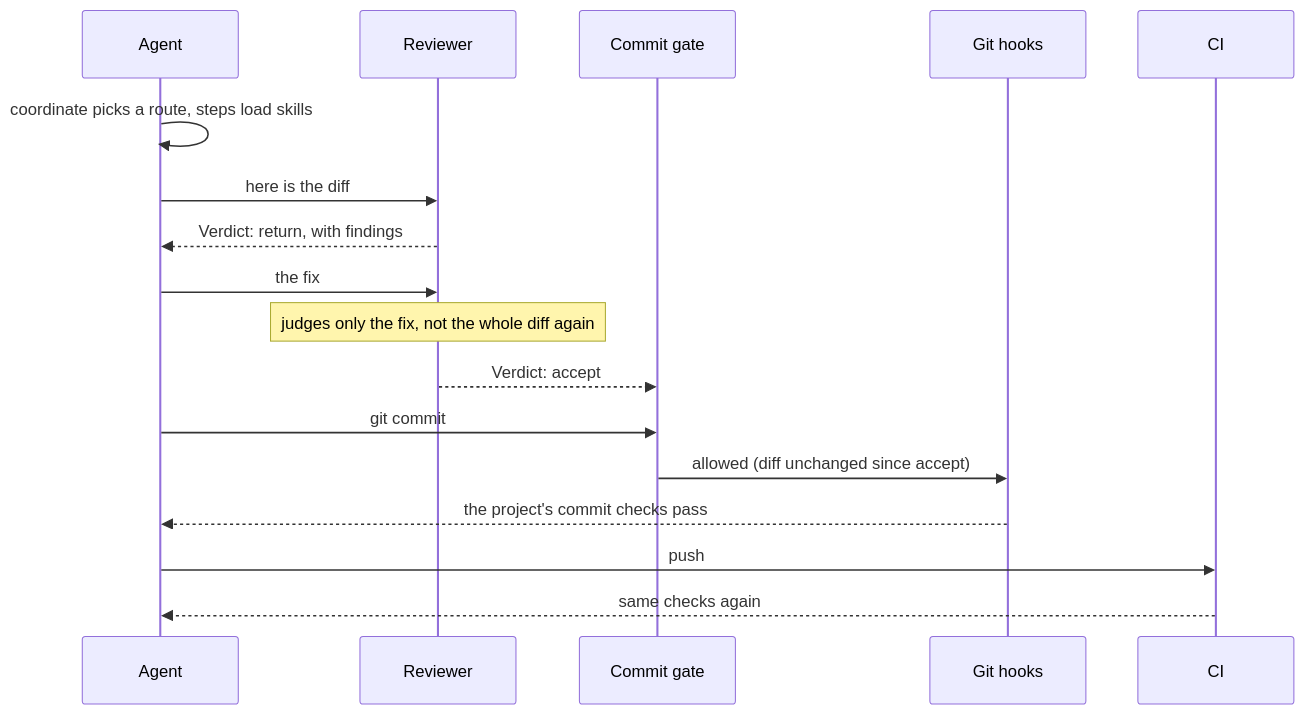
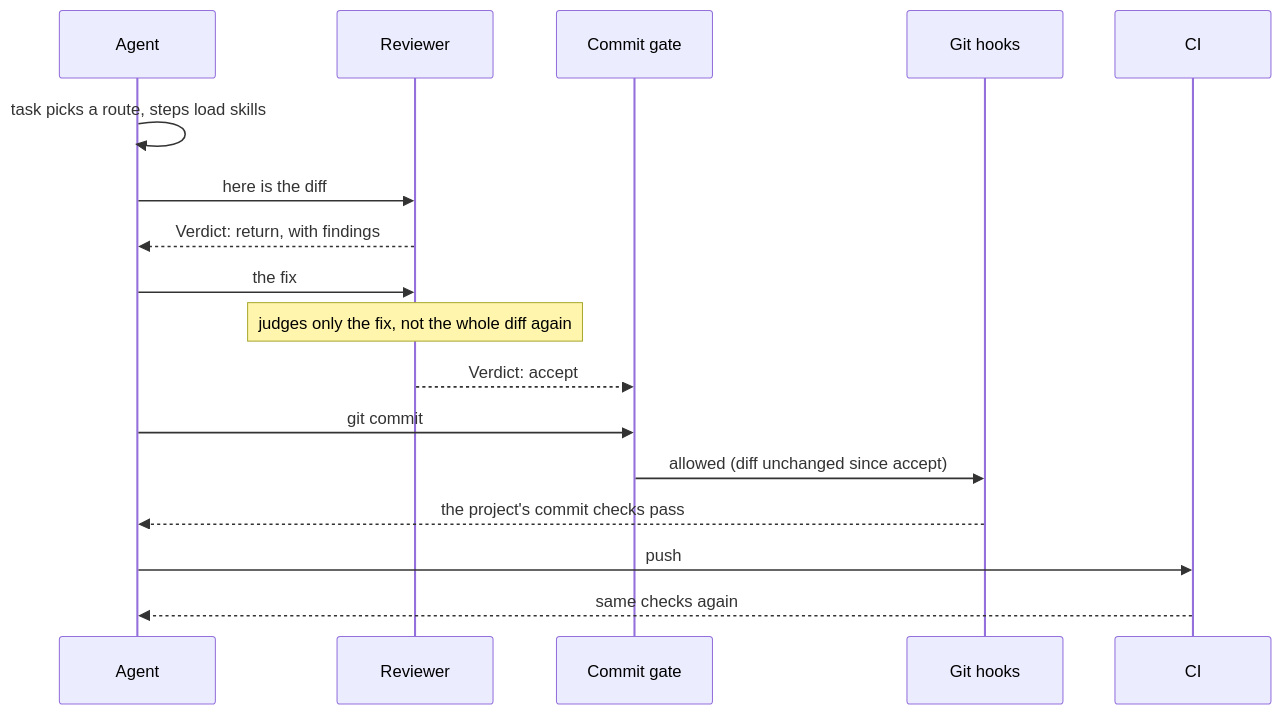
The second of 2 diagrams in README.md (cniska/agent-skills), drawn with Mermaid before and after one commit. The commit also changed other lines of this file and 14 other files, not shown here.

Commit message:
feat(skills): split task from coordinate

````diff
--- a/README.md
+++ b/README.md
@@ -143,19 +143,19 @@
 ```mermaid
 sequenceDiagram
   participant A as Agent
   participant V as Reviewer
   participant P as Commit gate
   participant G as Git hooks
   participant C as CI
-  A->>A: coordinate picks a route, steps load skills
+  A->>A: task picks a route, steps load skills
   A->>V: here is the diff
   V-->>A: Verdict: return, with findings
   A->>V: the fix
   Note over V: judges only the fix, not the whole diff again
   V-->>P: Verdict: accept
   A->>P: git commit
   P->>G: allowed (diff unchanged since accept)
   G-->>A: the project's commit checks pass
   A->>C: push
   C-->>A: same checks again
 ```
````
